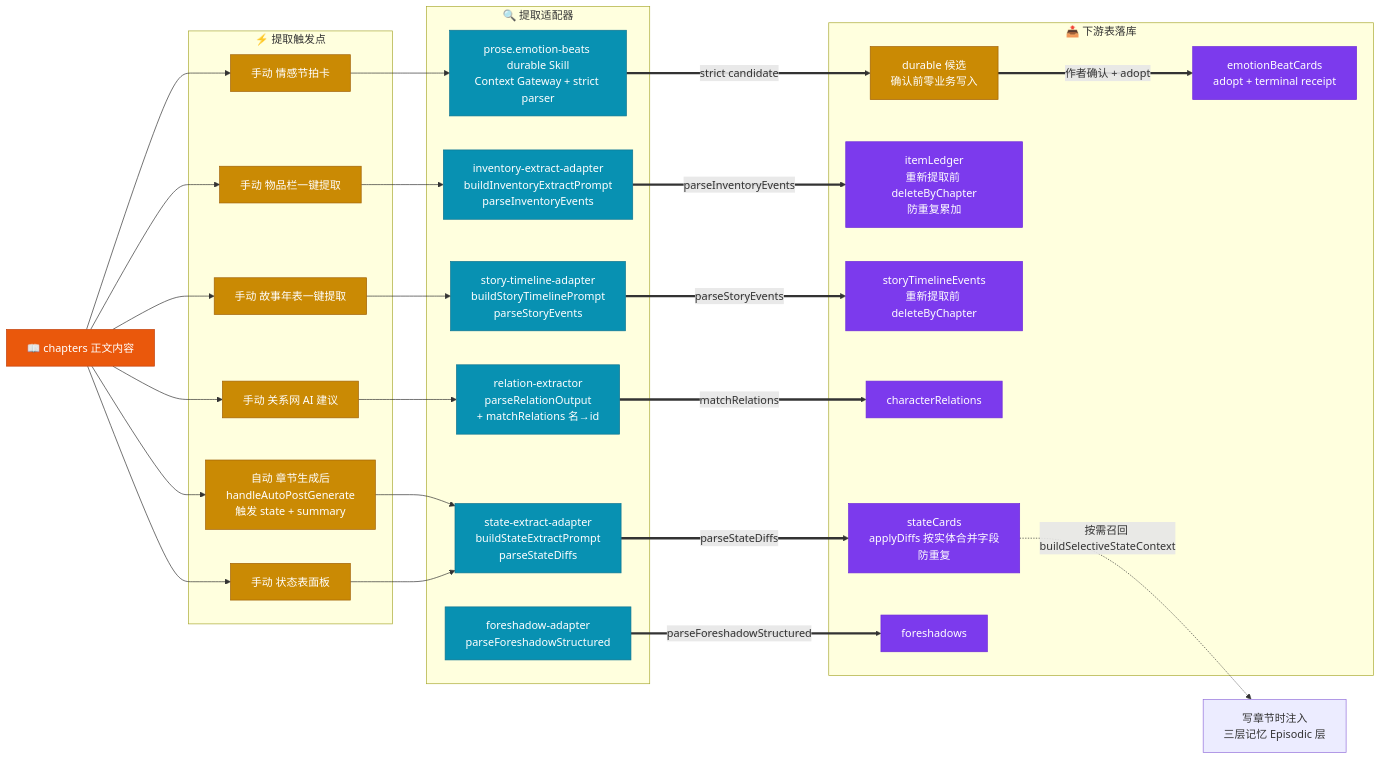
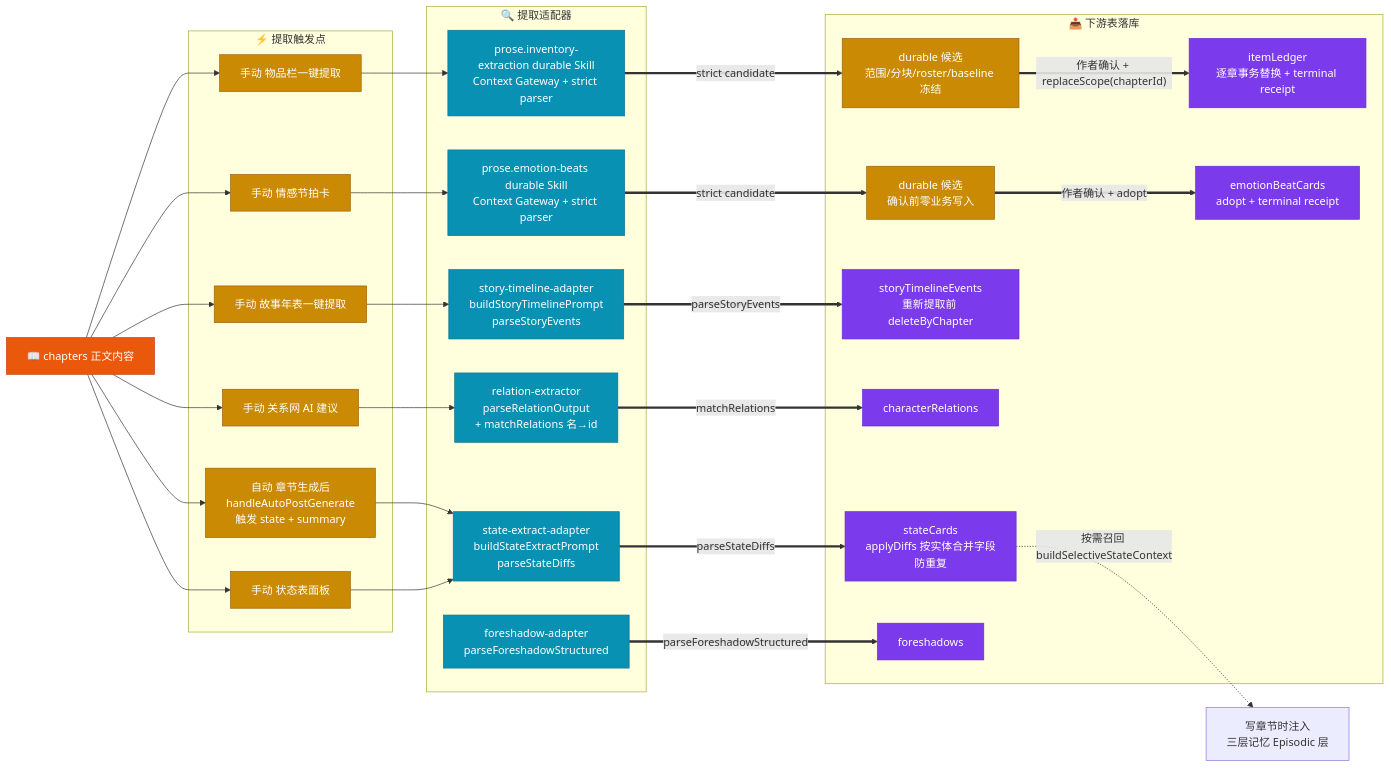
The fourth of 15 diagrams in docs/DATA-FLOW-DIAGRAM.md (yuanbw2025/storyforge), drawn with Mermaid before and after one commit. The commit also changed 16 other files, not shown here.

Commit message:
feat(HARNESS-63): govern inventory extraction

````diff
--- a/docs/DATA-FLOW-DIAGRAM.md
+++ b/docs/DATA-FLOW-DIAGRAM.md
@@ -441,66 +441,68 @@
 ```mermaid
 flowchart LR
     CHAPTERS["📖 chapters 正文内容"]
 
     subgraph EXTRACT["🔍 提取适配器"]
         SEX["state-extract-adapter<br/>buildStateExtractPrompt<br/>parseStateDiffs"]
-        IEX["inventory-extract-adapter<br/>buildInventoryExtractPrompt<br/>parseInventoryEvents"]
+        IEX["prose.inventory-extraction durable Skill<br/>Context Gateway + strict parser"]
         TEX["story-timeline-adapter<br/>buildStoryTimelinePrompt<br/>parseStoryEvents"]
         REX["relation-extractor<br/>parseRelationOutput<br/>+ matchRelations 名→id"]
         EBA["prose.emotion-beats durable Skill<br/>Context Gateway + strict parser"]
         FCO["foreshadow-adapter<br/>parseForeshadowStructured"]
     end
 
     subgraph TRIG["⚡ 提取触发点"]
         AUTO["自动 章节生成后<br/>handleAutoPostGenerate<br/>触发 state + summary"]
         MANU_S["手动 状态表面板"]
         MANU_I["手动 物品栏一键提取"]
         MANU_T["手动 故事年表一键提取"]
         MANU_R["手动 关系网 AI 建议"]
         MANU_E["手动 情感节拍卡"]
     end
 
     subgraph DTABLES["📤 下游表落库"]
         ST["stateCards<br/>applyDiffs 按实体合并字段<br/>防重复"]
-        IL["itemLedger<br/>重新提取前 deleteByChapter<br/>防重复累加"]
+        IC["durable 候选<br/>范围/分块/roster/baseline 冻结"]
+        IL["itemLedger<br/>逐章事务替换 + terminal receipt"]
         ST_T["storyTimelineEvents<br/>重新提取前 deleteByChapter"]
         CR["characterRelations"]
         EBC["durable 候选<br/>确认前零业务写入"]
         EB["emotionBeatCards<br/>adopt + terminal receipt"]
         FO["foreshadows"]
     end
 
     CHAPTERS --> AUTO
     CHAPTERS --> MANU_S
     CHAPTERS --> MANU_I
     CHAPTERS --> MANU_T
     CHAPTERS --> MANU_R
     CHAPTERS --> MANU_E
 
     AUTO --> SEX
     MANU_S --> SEX
     MANU_I --> IEX
     MANU_T --> TEX
     MANU_R --> REX
     MANU_E --> EBA
 
     SEX ==parseStateDiffs==> ST
-    IEX ==parseInventoryEvents==> IL
+    IEX ==strict candidate==> IC
+    IC ==作者确认 + replaceScope(chapterId)==> IL
     TEX ==parseStoryEvents==> ST_T
     REX ==matchRelations==> CR
     EBA ==strict candidate==> EBC
     EBC ==作者确认 + adopt==> EB
     FCO ==parseForeshadowStructured==> FO
 
     ST -.按需召回 buildSelectiveStateContext.-> RECALL["写章节时注入<br/>三层记忆 Episodic 层"]
 
     classDef table fill:#7c3aed,stroke:#6d28d9,color:#fff;
     classDef adp fill:#0891b2,stroke:#0e7490,color:#fff;
     classDef trig fill:#ca8a04,stroke:#a16207,color:#fff;
     classDef src fill:#ea580c,stroke:#c2410c,color:#fff;
     class ST,IL,ST_T,CR,EB,FO table
-    class EBC trig
+    class EBC,IC trig
     class SEX,IEX,TEX,REX,EBA,FCO adp
     class AUTO,MANU_S,MANU_I,MANU_T,MANU_R,MANU_E trig
     class CHAPTERS src
 ```
````
